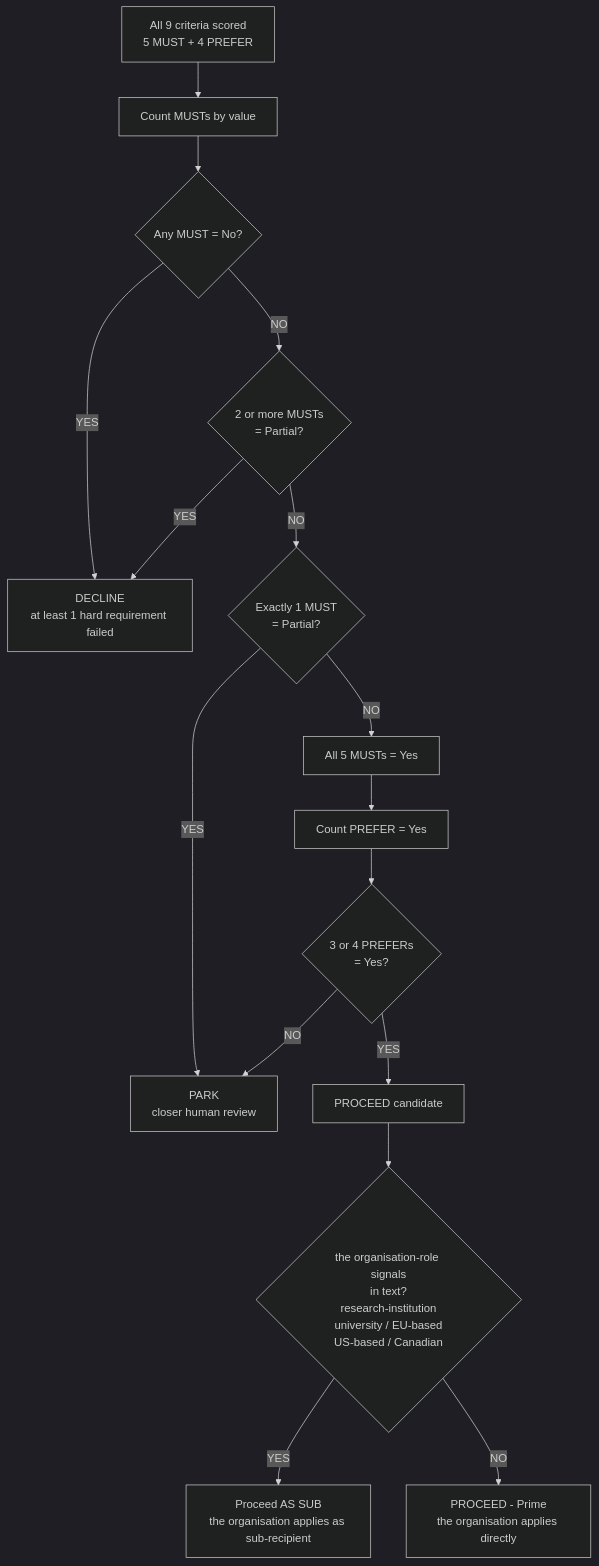
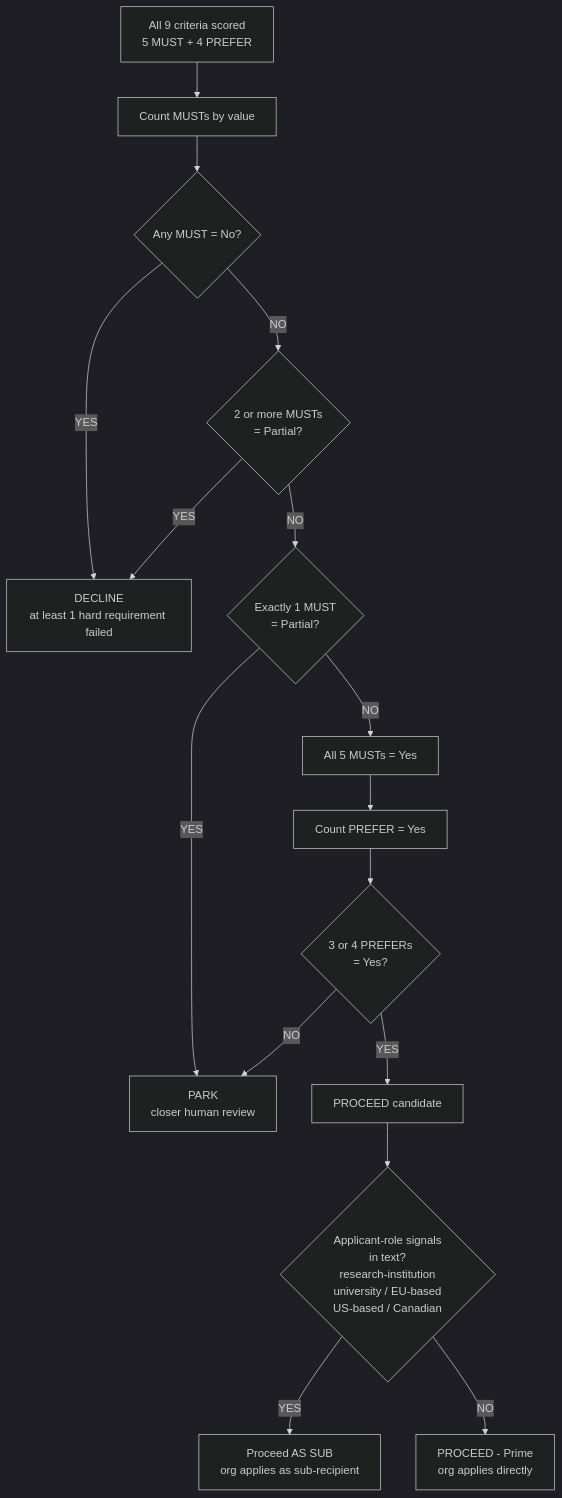
Before and after one commit to bensah/rfp-intelligence-system: the fourth of 5 diagrams in docs/SCAN_PIPELINE.md, drawn with Mermaid (dark theme). The commit also changed other lines of this file and 21 other files, not shown here.

````diff
--- a/docs/SCAN_PIPELINE.md
+++ b/docs/SCAN_PIPELINE.md
@@ -121,18 +121,18 @@
 ```mermaid
 flowchart TD
     A["All 9 criteria scored<br/>5 MUST + 4 PREFER"] --> B["Count MUSTs by value"]
     B --> C{"Any MUST = No?"}
     C -->|YES| D["DECLINE<br/>at least 1 hard requirement failed"]
     C -->|NO| E{"2 or more MUSTs<br/>= Partial?"}
     E -->|YES| D
     E -->|NO| F{"Exactly 1 MUST<br/>= Partial?"}
     F -->|YES| G["PARK<br/>closer human review"]
     F -->|NO| H["All 5 MUSTs = Yes"]
     H --> I["Count PREFER = Yes"]
     I --> J{"3 or 4 PREFERs<br/>= Yes?"}
     J -->|YES| K["PROCEED candidate"]
     J -->|NO| G
-    K --> L{"the organisation-role signals<br/>in text?<br/>research-institution<br/>university / EU-based<br/>US-based / Canadian"}
-    L -->|YES| M["Proceed AS SUB<br/>the organisation applies as sub-recipient"]
-    L -->|NO| N["PROCEED - Prime<br/>the organisation applies directly"]
+    K --> L{"Applicant-role signals<br/>in text?<br/>research-institution<br/>university / EU-based<br/>US-based / Canadian"}
+    L -->|YES| M["Proceed AS SUB<br/>org applies as sub-recipient"]
+    L -->|NO| N["PROCEED - Prime<br/>org applies directly"]
 ```
````
